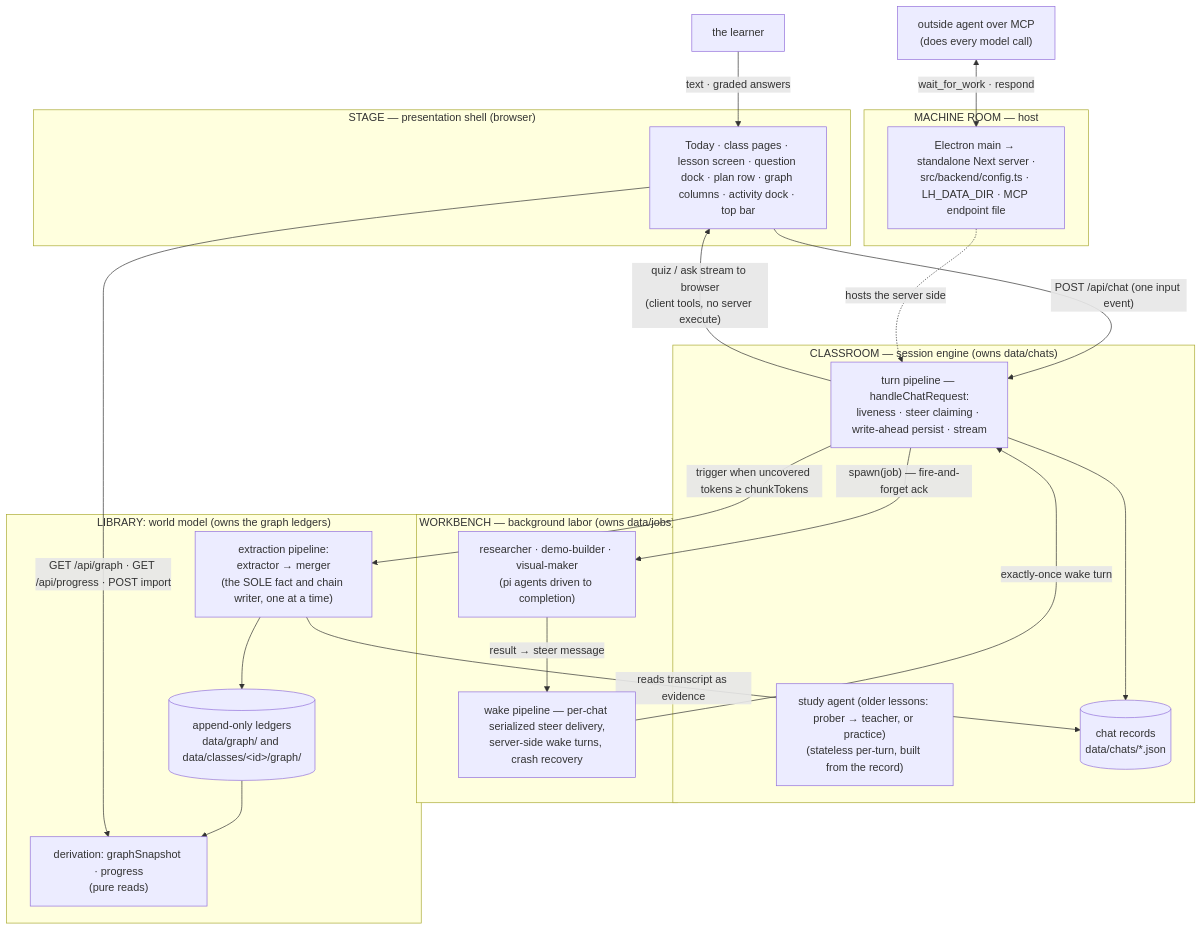
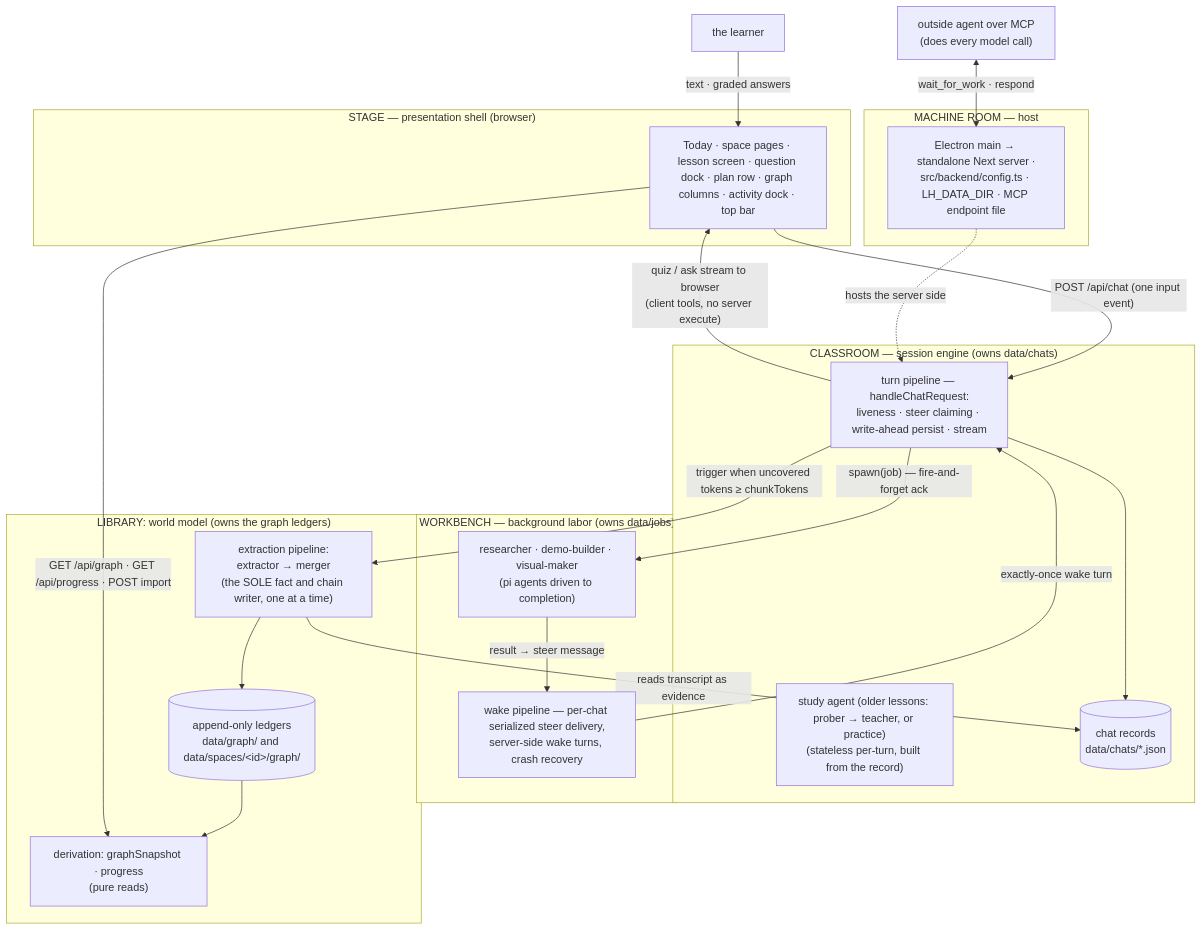
One commit to bayshores/godspeed changed the diagram in docs/development.md. Above: the diagram before and after it, drawn with Mermaid. The commit also changed other lines of this file and 8 other files, not shown here.

Commit message:
docs: the README, the docs and the godspeed data skill say space, the README headline is for anything you study, and the skill reads data folders from before the rename

````diff
--- a/docs/development.md
+++ b/docs/development.md
@@ -55,46 +55,46 @@
 ```mermaid
 flowchart TB
     LEARNER["the learner"]
 
     subgraph STAGE["STAGE — presentation shell (browser)"]
-        UI["Today · class pages · lesson screen · question dock · plan row · graph columns · activity dock · top bar"]
+        UI["Today · space pages · lesson screen · question dock · plan row · graph columns · activity dock · top bar"]
     end
 
     subgraph CLASSROOM["CLASSROOM — session engine (owns data/chats)"]
         TURN["turn pipeline — handleChatRequest:<br/>liveness · steer claiming · write-ahead persist · stream"]
         AGENTS["study agent (older lessons: prober → teacher, or practice)<br/>(stateless per-turn, built from the record)"]
         CHATDATA[("chat records<br/>data/chats/*.json")]
     end
 
     subgraph WORKBENCH["WORKBENCH — background labor (owns data/jobs)"]
         SUBS["researcher · demo-builder · visual-maker<br/>(pi agents driven to completion)"]
         WAKE["wake pipeline — per-chat serialized steer delivery,<br/>server-side wake turns, crash recovery"]
     end
 
     subgraph LIBRARY["LIBRARY: world model (owns the graph ledgers)"]
         EXTRACT["extraction pipeline:<br/>extractor → merger<br/>(the SOLE fact and chain writer, one at a time)"]
         DERIVE["derivation: graphSnapshot · progress<br/>(pure reads)"]
-        LEDG[("append-only ledgers<br/>data/graph/ and data/classes/&lt;id&gt;/graph/")]
+        LEDG[("append-only ledgers<br/>data/graph/ and data/spaces/&lt;id&gt;/graph/")]
     end
 
     AGENT["outside agent over MCP<br/>(does every model call)"]
 
     subgraph ROOM["MACHINE ROOM — host"]
         HOST["Electron main → standalone Next server ·<br/>src/backend/config.ts · LH_DATA_DIR · MCP endpoint file"]
     end
 
     LEARNER -->|"text · graded answers"| UI
     UI -->|"POST /api/chat (one input event)"| TURN
     TURN -->|"quiz / ask stream to browser<br/>(client tools, no server execute)"| UI
     TURN --> CHATDATA
     TURN -->|"spawn(job) — fire-and-forget ack"| SUBS
     SUBS -->|"result → steer message"| WAKE
     WAKE -->|"exactly-once wake turn"| TURN
     TURN -->|"trigger when uncovered tokens ≥ chunkTokens"| EXTRACT
     EXTRACT -->|"reads transcript as evidence"| CHATDATA
     EXTRACT --> LEDG
     LEDG --> DERIVE
     UI -->|"GET /api/graph · GET /api/progress · POST import"| DERIVE
     AGENT <-->|"wait_for_work · respond"| HOST
     HOST -.->|"hosts the server side"| TURN
 ```
````
